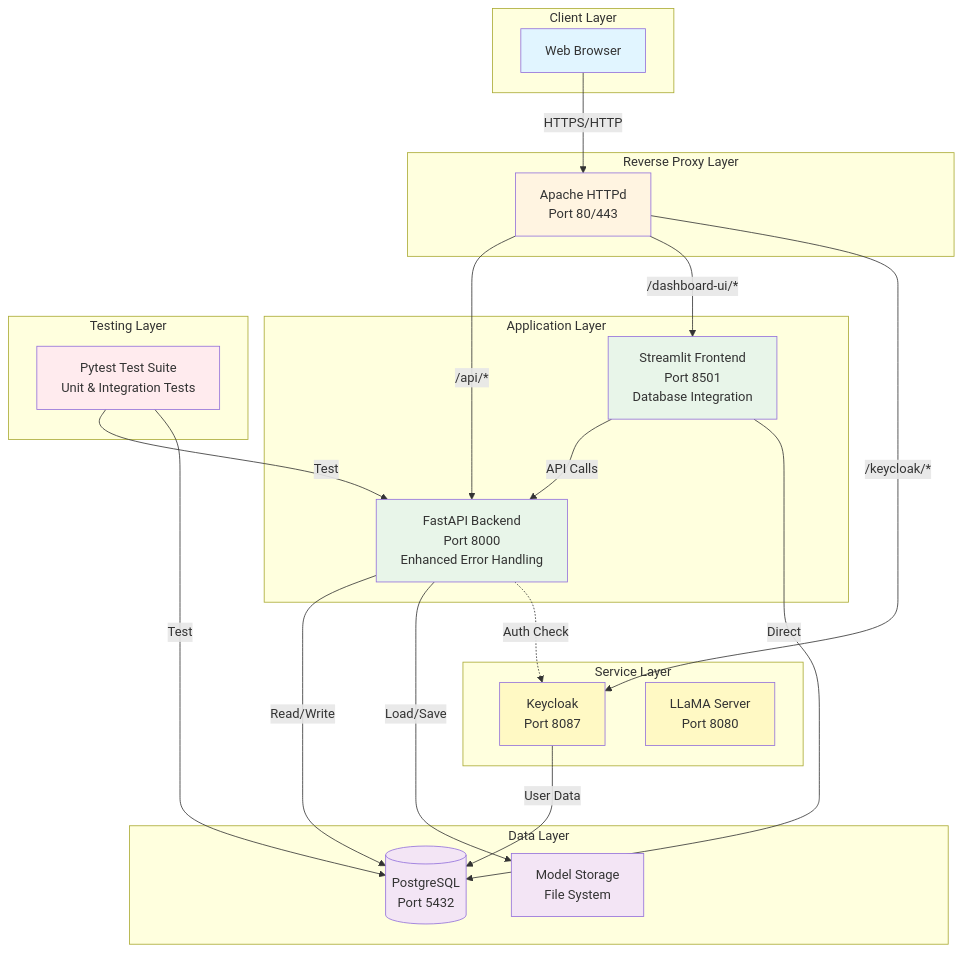
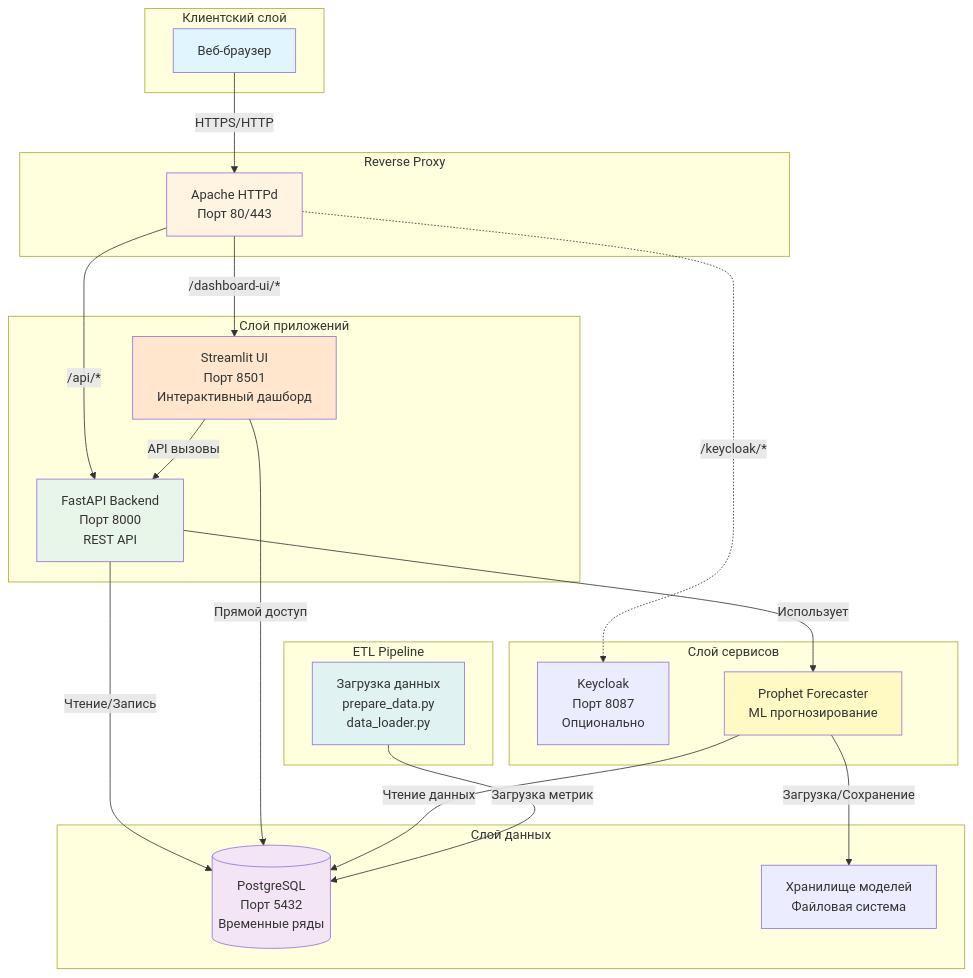
One commit to sweetd0vee/servers-dashboard changed the first of 13 diagrams in docs/ARCHITECTURE.md. Above: the diagram before and after it, drawn with Mermaid. The commit also changed other lines of this file and 1 other file, not shown here.

````diff
--- a/docs/ARCHITECTURE.md
+++ b/docs/ARCHITECTURE.md
@@ -41,55 +44,52 @@
 ```mermaid
 graph TB
-    subgraph "Client Layer"
-        Browser[Web Browser]
+    subgraph "Клиентский слой"
+        Browser[Веб-браузер]
     end
     
-    subgraph "Reverse Proxy Layer"
-        HTTPd[Apache HTTPd<br/>Port 80/443]
+    subgraph "Reverse Proxy"
+        HTTPd[Apache HTTPd<br/>Порт 80/443]
     end
     
-    subgraph "Application Layer"
-        API[FastAPI Backend<br/>Port 8000<br/>Enhanced Error Handling]
-        UI[Streamlit Frontend<br/>Port 8501<br/>Database Integration]
+    subgraph "Слой приложений"
+        API[FastAPI Backend<br/>Порт 8000<br/>REST API]
+        UI[Streamlit UI<br/>Порт 8501<br/>Интерактивный дашборд]
     end
     
-    subgraph "Service Layer"
-        Auth[Keycloak<br/>Port 8087]
-        LLM[LLaMA Server<br/>Port 8080]
+    subgraph "Слой сервисов"
+        Auth[Keycloak<br/>Порт 8087<br/>Опционально]
+        Forecast[Prophet Forecaster<br/>ML прогнозирование]
     end
     
-    subgraph "Data Layer"
-        DB[(PostgreSQL<br/>Port 5432)]
-        Models[Model Storage<br/>File System]
+    subgraph "Слой данных"
+        DB[(PostgreSQL<br/>Порт 5432<br/>Временные ряды)]
+        Models[Хранилище моделей<br/>Файловая система]
     end
     
-    subgraph "Testing Layer"
-        Tests[Pytest Test Suite<br/>Unit & Integration Tests]
+    subgraph "ETL Pipeline"
+        ETL[Загрузка данных<br/>prepare_data.py<br/>data_loader.py]
     end
     
     Browser -->|HTTPS/HTTP| HTTPd
     HTTPd -->|/api/*| API
     HTTPd -->|/dashboard-ui/*| UI
-    HTTPd -->|/keycloak/*| Auth
+    HTTPd -.->|/keycloak/*| Auth
     
-    API -->|Read/Write| DB
-    API -->|Load/Save| Models
-    UI -->|API Calls| API
-    UI -->|Direct| DB
+    API -->|Чтение/Запись| DB
+    UI -->|Прямой доступ| DB
+    UI -->|API вызовы| API
     
-    Auth -->|User Data| DB
-    API -.->|Auth Check| Auth
+    API -->|Использует| Forecast
+    Forecast -->|Загрузка/Сохранение| Models
+    Forecast -->|Чтение данных| DB
     
-    Tests -->|Test| API
-    Tests -->|Test| DB
+    ETL -->|Загрузка метрик| DB
     
     style Browser fill:#e1f5ff
     style HTTPd fill:#fff4e1
     style API fill:#e8f5e9
-    style UI fill:#e8f5e9
+    style UI fill:#ffe6cc
     style DB fill:#f3e5f5
-    style Models fill:#f3e5f5
-    style Auth fill:#fff9c4
-    style LLM fill:#fff9c4
-    style Tests fill:#ffebee
+    style Forecast fill:#fff9c4
+    style ETL fill:#e0f2f1
 ```
````
